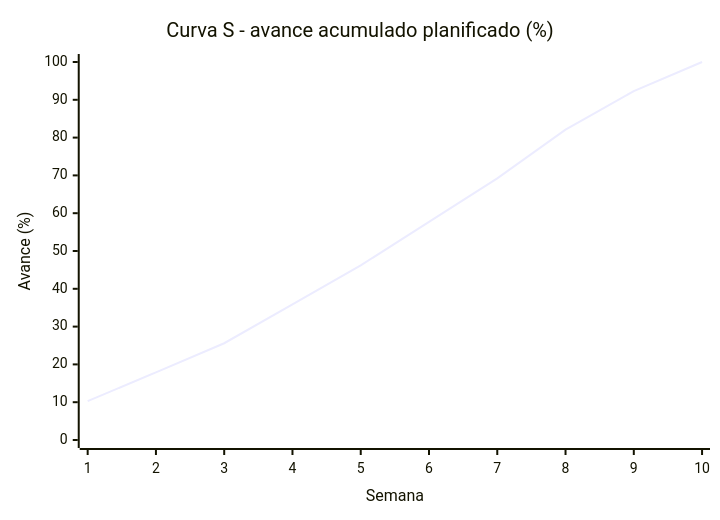
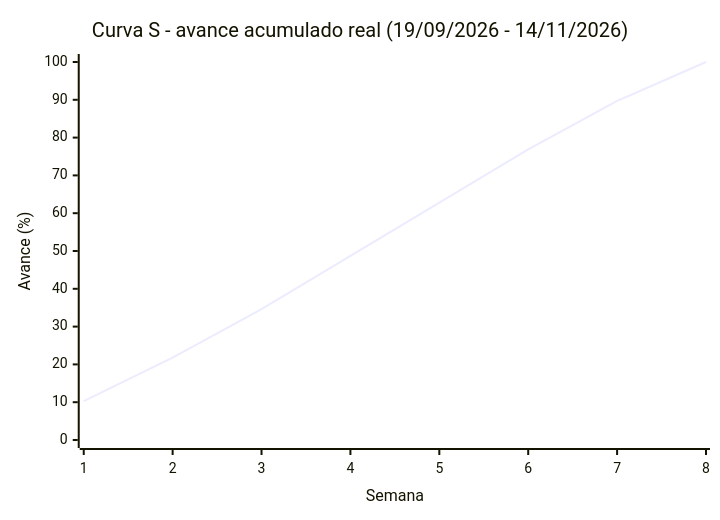
The fourth of 5 diagrams in docs/01-analisis-factibilidad.md (nachoo08/geoAlerts), drawn with Mermaid before and after one commit. The commit also changed other lines of this file and 3 other files, not shown here.

````diff
--- a/docs/01-analisis-factibilidad.md
+++ b/docs/01-analisis-factibilidad.md
@@ -475,7 +477,7 @@
 ```mermaid
 xychart-beta
-    title "Curva S - avance acumulado planificado (%)"
-    x-axis "Semana" [1, 2, 3, 4, 5, 6, 7, 8, 9, 10]
+    title "Curva S - avance acumulado real (19/09/2026 - 14/11/2026)"
+    x-axis "Semana" [1, 2, 3, 4, 5, 6, 7, 8]
     y-axis "Avance (%)" 0 --> 100
-    line [10.3, 17.9, 25.6, 35.9, 46.2, 57.7, 69.2, 82.1, 92.3, 100]
+    line [10.3, 21.8, 34.6, 48.7, 62.8, 76.9, 89.7, 100]
 ```
````
